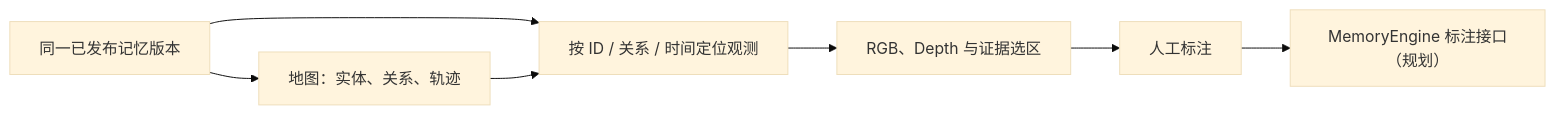
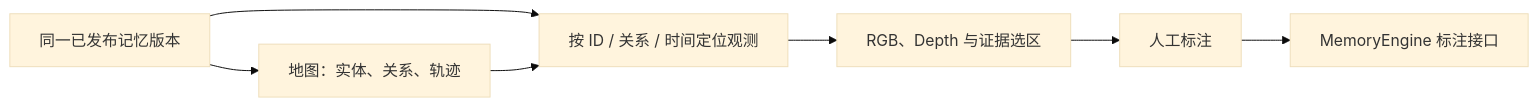
Before and after one commit to Anoool/vln_memory: the diagram in docx/modules/viewer/memory_viewer.md, drawn with Mermaid (base theme). The commit also changed other lines of this file and 32 other files, not shown here.

```diff
--- a/docx/modules/viewer/memory_viewer.md
+++ b/docx/modules/viewer/memory_viewer.md
@@ -9,9 +9,9 @@
 ~~~mermaid
 flowchart LR
   A["同一已发布记忆版本"] --> B["地图：实体、关系、轨迹"]
   A --> C["按 ID / 关系 / 时间定位观测"]
   B --> C
   C --> D["RGB、Depth 与证据选区"]
   D --> E["人工标注"]
-  E --> F["MemoryEngine 标注接口（规划）"]
+  E --> F["MemoryEngine 标注接口"]
 ~~~
```
